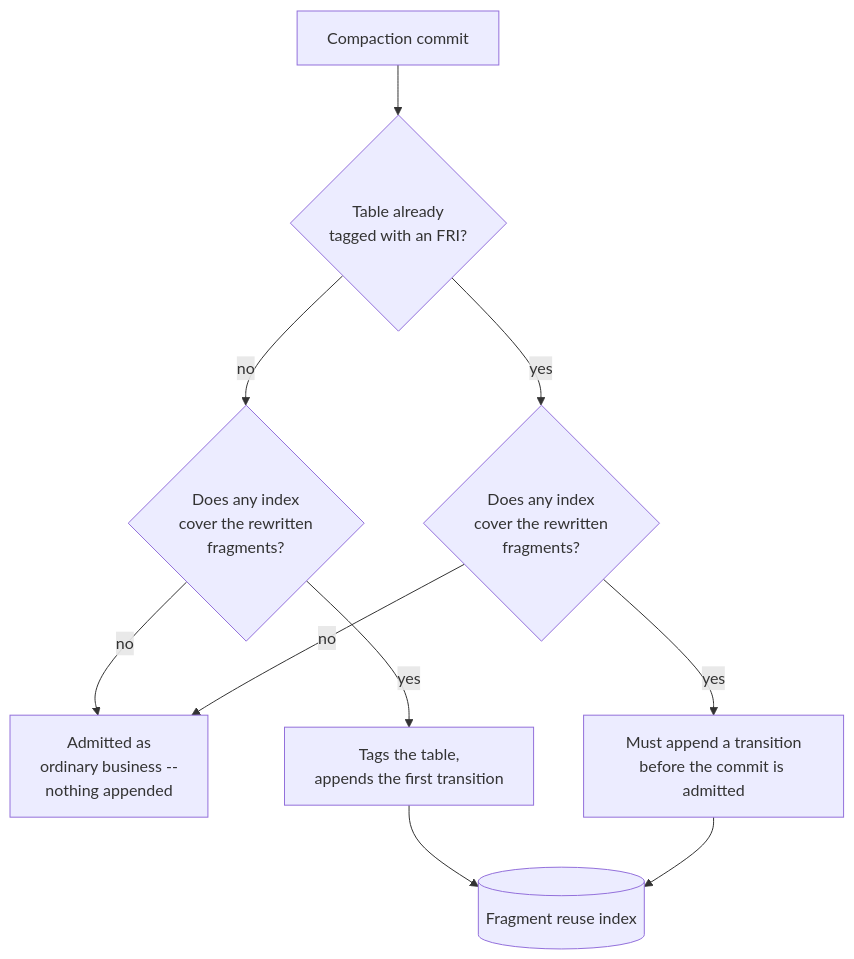
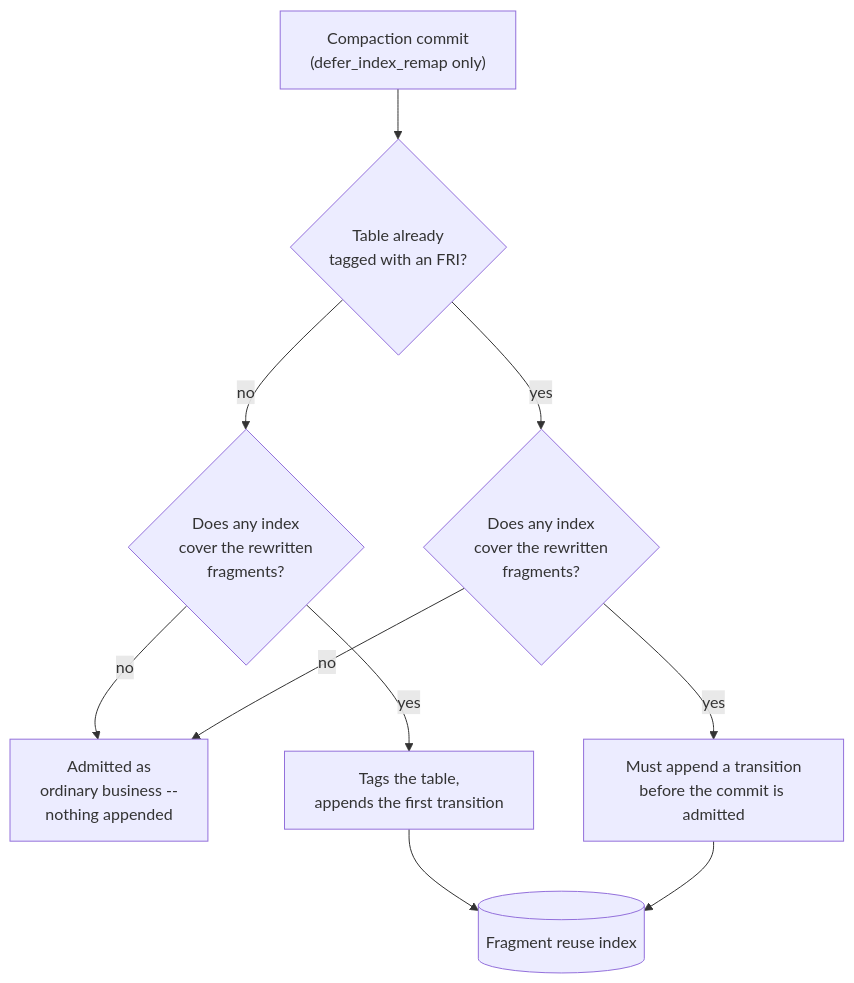
The first of 2 diagrams in docs/web/enterprise/advanced-conflict-resolution.mdx (lancedb/lancedb), drawn with Mermaid before and after one commit. The commit also changed other lines of this file and 47 other files, not shown here.

````diff
--- a/docs/web/enterprise/advanced-conflict-resolution.mdx
+++ b/docs/web/enterprise/advanced-conflict-resolution.mdx
@@ -52,12 +62,12 @@
 ```mermaid
 flowchart TD
-    Commit["Compaction commit"] --> Tagged{"Table already<br/>tagged with an FRI?"}
+    Commit["Compaction commit<br/>(defer_index_remap only)"] --> Tagged{"Table already<br/>tagged with an FRI?"}
     Tagged -->|no| First{"Does any index<br/>cover the rewritten<br/>fragments?"}
     First -->|no| Admit["Admitted as<br/>ordinary business --<br/>nothing appended"]
     First -->|yes| Tag["Tags the table,<br/>appends the first transition"]
     Tagged -->|yes| Classify{"Does any index<br/>cover the rewritten<br/>fragments?"}
     Classify -->|no| Admit
     Classify -->|yes| Append["Must append a transition<br/>before the commit is admitted"]
     Tag --> FRI[("Fragment reuse index")]
     Append --> FRI
 ```
````
